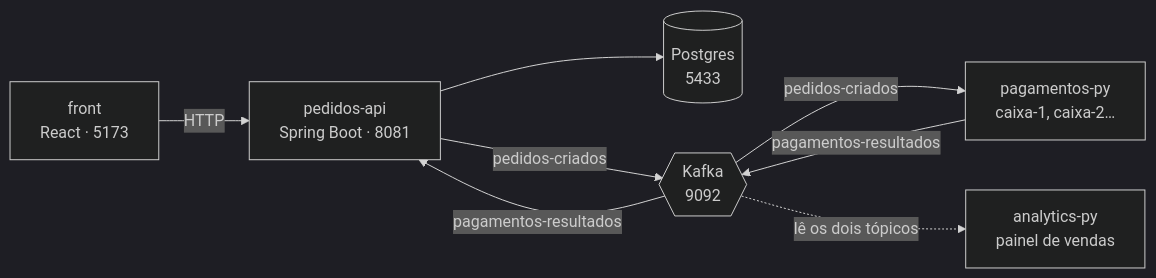
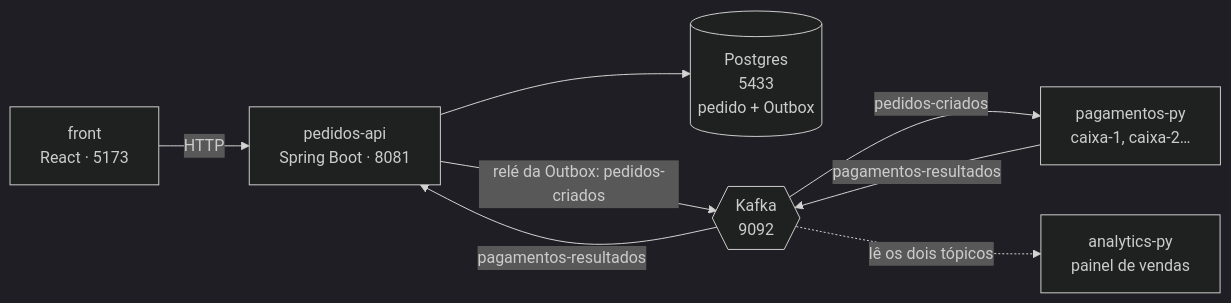
One commit to josewilson/loja-cafe changed the diagram in README.md. Above: the diagram before and after it, drawn with Mermaid (dark theme). The commit also changed other lines of this file, not shown here.

Commit message:
README: Outbox, camada de servico, testes divididos e fase 9b

````diff
--- a/README.md
+++ b/README.md
@@ -27,10 +27,10 @@
 ```mermaid
 flowchart LR
     F["front<br/>React · 5173"] -- HTTP --> A["pedidos-api<br/>Spring Boot · 8081"]
-    A --> DB[("Postgres<br/>5433")]
-    A -- "pedidos-criados" --> K{{"Kafka<br/>9092"}}
+    A --> DB[("Postgres<br/>5433<br/>pedido + Outbox")]
+    A -- "relé da Outbox: pedidos-criados" --> K{{"Kafka<br/>9092"}}
     K -- "pedidos-criados" --> P["pagamentos-py<br/>caixa-1, caixa-2…"]
     P -- "pagamentos-resultados" --> K
     K -- "pagamentos-resultados" --> A
     K -. "lê os dois tópicos" .-> N["analytics-py<br/>painel de vendas"]
 ```
````
